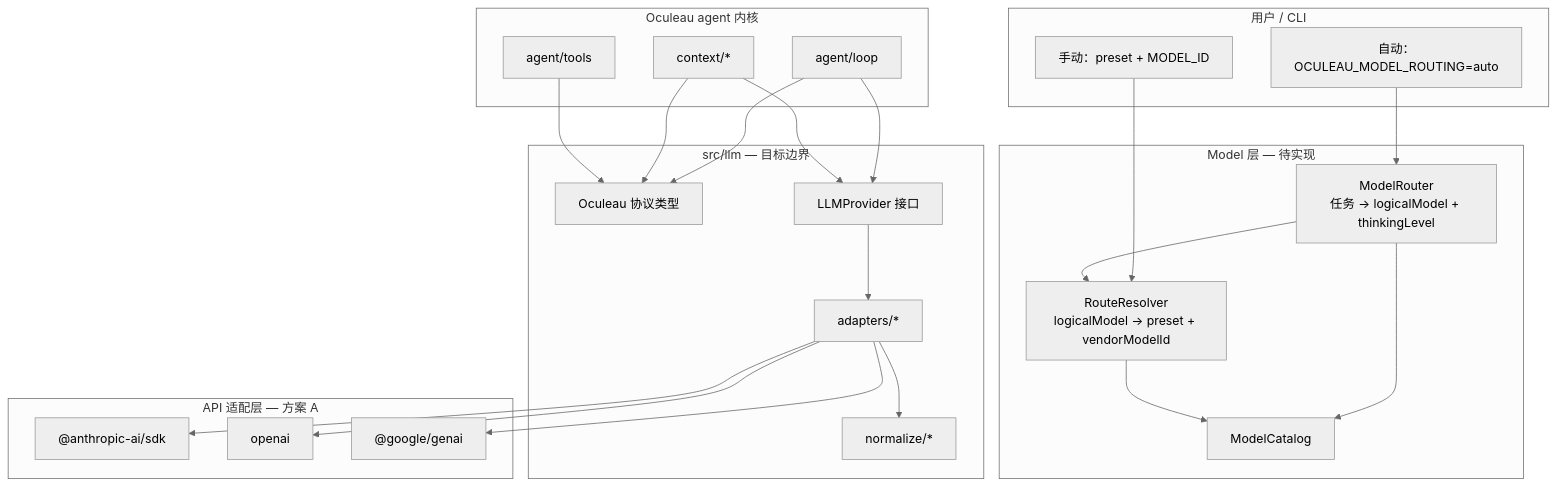
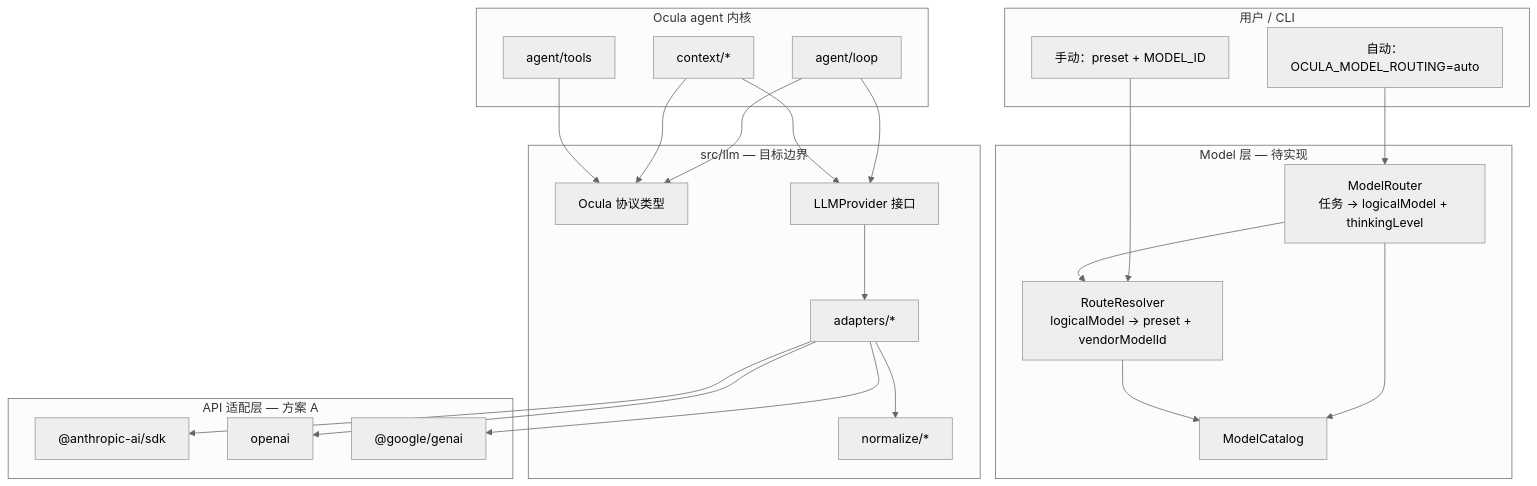
The diagram in docs/spec/llm-provider.md (chendpoc/moontide), drawn with Mermaid (neutral theme) before and after one commit. The commit also changed other lines of this file and 52 other files, not shown here.

First line of the commit message:
refactor: rename Oculeau to Ocula across repo

````diff
--- a/docs/spec/llm-provider.md
+++ b/docs/spec/llm-provider.md
@@ -84,47 +84,47 @@
 ```mermaid
 flowchart TB
   subgraph user [用户 / CLI]
     Manual["手动：preset + MODEL_ID"]
-    Auto["自动：OCULEAU_MODEL_ROUTING=auto"]
+    Auto["自动：OCULA_MODEL_ROUTING=auto"]
   end
 
-  subgraph core [Oculeau agent 内核]
+  subgraph core [Ocula agent 内核]
     Loop["agent/loop"]
     Context["context/*"]
     Tools["agent/tools"]
   end
 
   subgraph routing [Model 层 — 待实现]
     Router["ModelRouter<br/>任务 → logicalModel + thinkingLevel"]
     Resolver["RouteResolver<br/>logicalModel → preset + vendorModelId"]
     Catalog["ModelCatalog"]
   end
 
   subgraph llm [src/llm — 目标边界]
-    Types["Oculeau 协议类型"]
+    Types["Ocula 协议类型"]
     Normalize["normalize/*"]
     Prov["LLMProvider 接口"]
     Adapters["adapters/*"]
   end
 
   subgraph adapterLayer [API 适配层 — 方案 A]
     AnthropicSDK["@anthropic-ai/sdk"]
     OpenAISDK["openai"]
     GeminiSDK["@google/genai"]
   end
 
   Manual --> Resolver
   Auto --> Router --> Resolver
   Router --> Catalog
   Resolver --> Catalog
   Loop --> Types
   Context --> Types
   Tools --> Types
   Loop --> Prov
   Context --> Prov
   Prov --> Adapters
   Adapters --> Normalize
   Adapters --> AnthropicSDK
   Adapters --> OpenAISDK
   Adapters --> GeminiSDK
 ```
````
